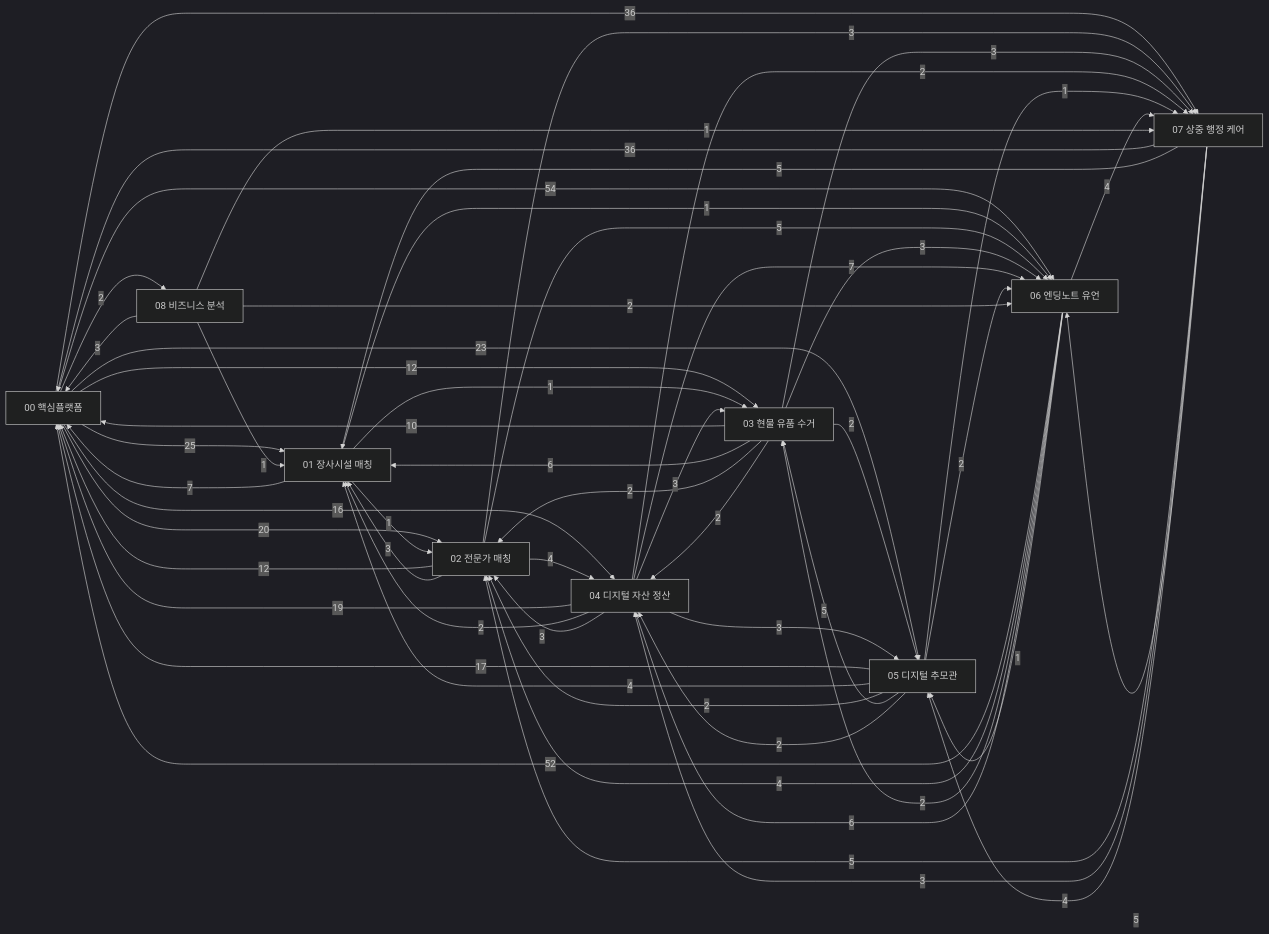
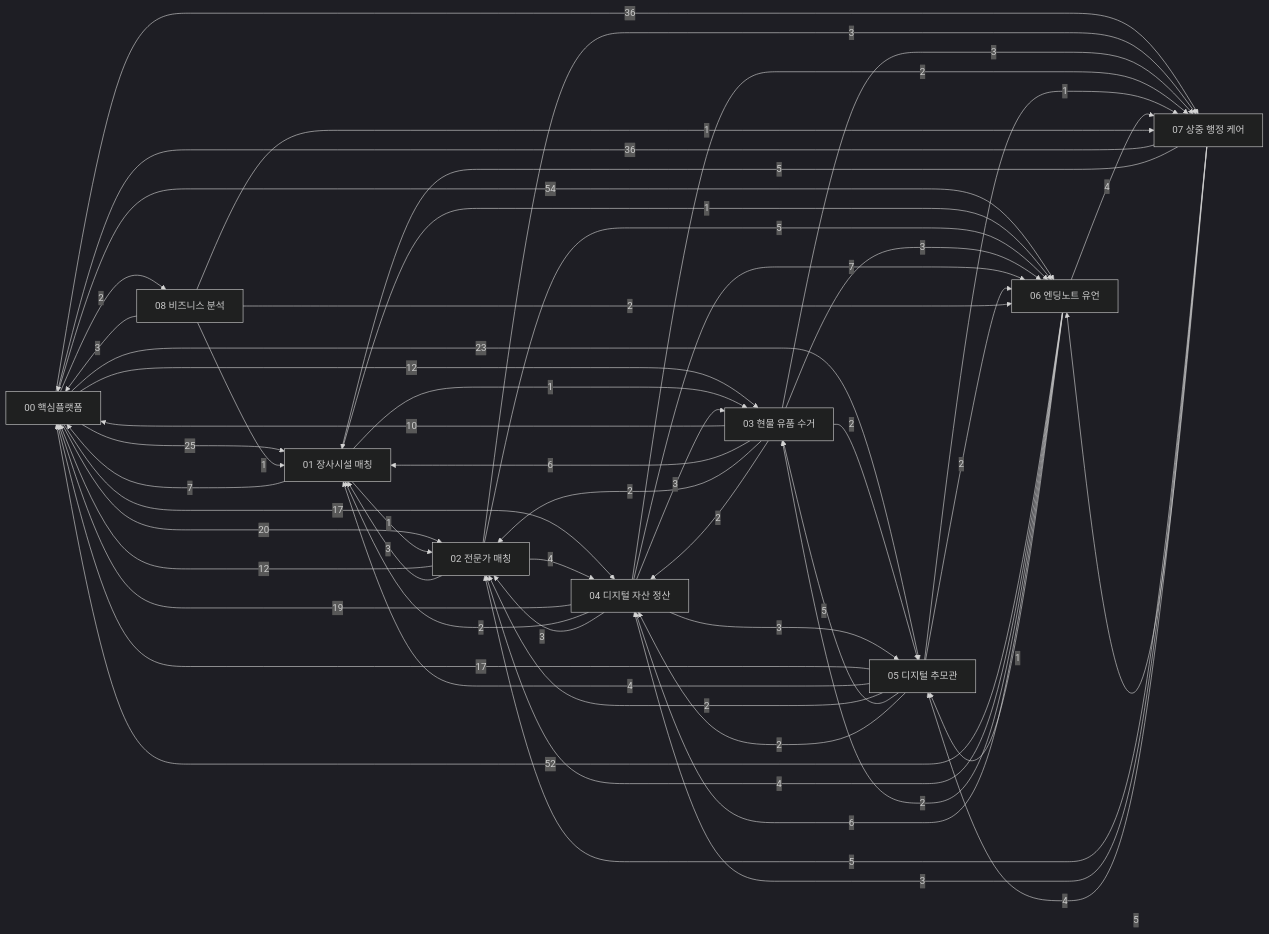
One commit to Hyunews/Eobom changed the diagram in docs/00_DOCS_INDEX.md. Above: the diagram before and after it, drawn with Mermaid (dark theme). The commit also changed other lines of this file and 7 other files, not shown here.

````diff
--- a/docs/00_DOCS_INDEX.md
+++ b/docs/00_DOCS_INDEX.md
@@ -53,66 +53,66 @@
 ```mermaid
 flowchart LR
   D00["00 핵심플랫폼"]
   D01["01 장사시설 매칭"]
   D02["02 전문가 매칭"]
   D03["03 현물 유품 수거"]
   D04["04 디지털 자산 정산"]
   D05["05 디지털 추모관"]
   D06["06 엔딩노트 유언"]
   D07["07 상중 행정 케어"]
   D08["08 비즈니스 분석"]
   D00 -->|25| D01
   D00 -->|20| D02
   D00 -->|12| D03
-  D00 -->|16| D04
+  D00 -->|17| D04
   D00 -->|23| D05
   D00 -->|54| D06
   D00 -->|36| D07
   D00 -->|2| D08
   D01 -->|7| D00
   D01 -->|1| D02
   D01 -->|1| D03
   D01 -->|1| D06
   D02 -->|12| D00
   D02 -->|3| D01
   D02 -->|4| D04
   D02 -->|5| D06
   D02 -->|3| D07
   D03 -->|10| D00
   D03 -->|6| D01
   D03 -->|2| D02
   D03 -->|2| D04
   D03 -->|2| D05
   D03 -->|3| D06
   D03 -->|3| D07
   D04 -->|19| D00
   D04 -->|2| D01
   D04 -->|3| D02
   D04 -->|3| D03
   D04 -->|3| D05
   D04 -->|7| D06
   D04 -->|2| D07
   D05 -->|17| D00
   D05 -->|4| D01
   D05 -->|2| D02
   D05 -->|5| D03
   D05 -->|2| D04
   D05 -->|2| D06
   D05 -->|1| D07
   D06 -->|52| D00
   D06 -->|4| D02
   D06 -->|2| D03
   D06 -->|6| D04
   D06 -->|1| D05
   D06 -->|4| D07
   D07 -->|36| D00
   D07 -->|5| D01
   D07 -->|5| D02
   D07 -->|3| D04
   D07 -->|4| D05
   D07 -->|5| D06
   D08 -->|3| D00
   D08 -->|1| D01
   D08 -->|2| D06
   D08 -->|1| D07
 ```
````
